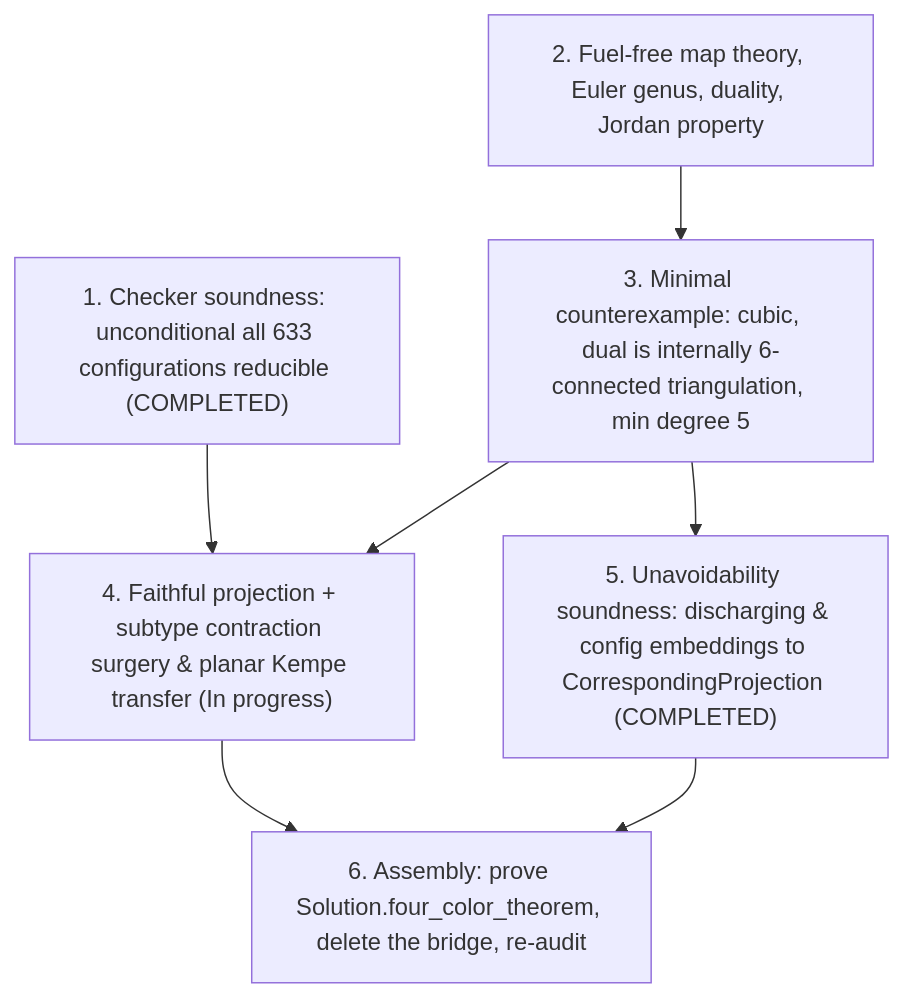
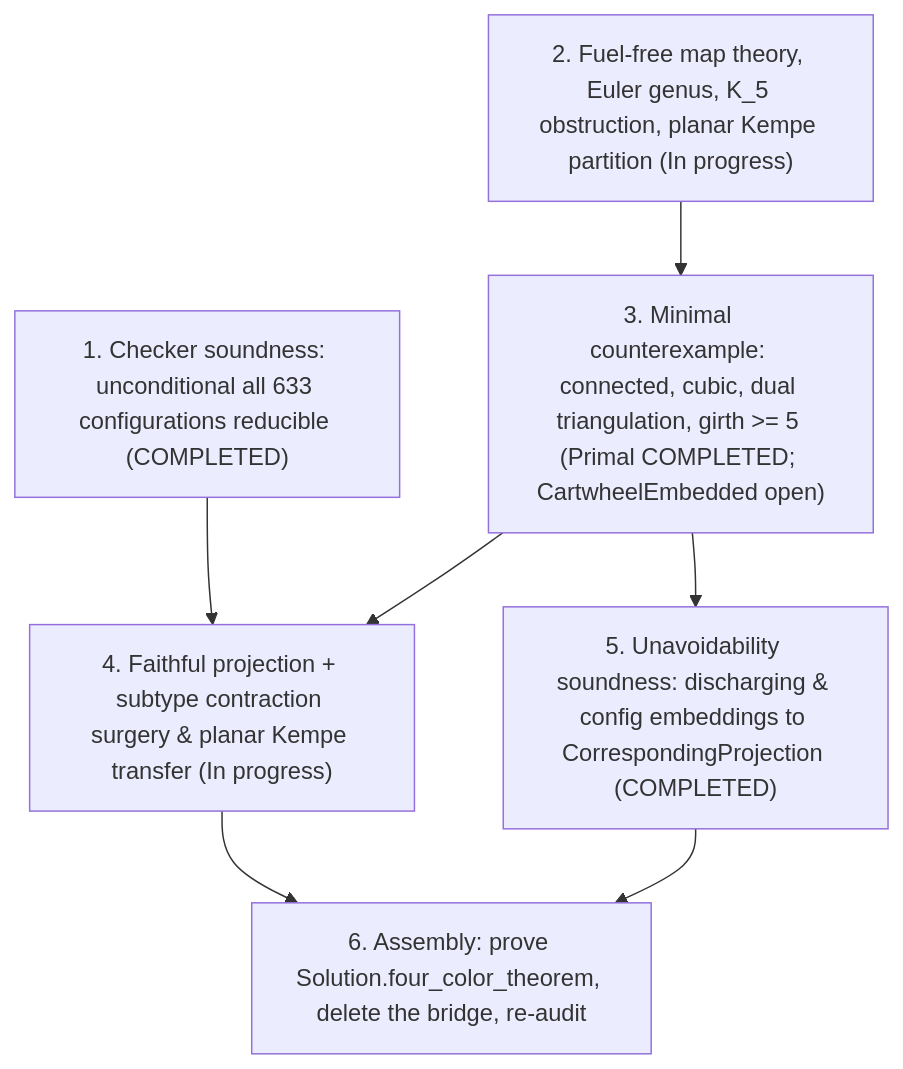
One commit to Harry-Tech-Guide/Lean-4-Four-Color-Theorem-Formalization changed the diagram in README.md. Above: the diagram before and after it, drawn with Mermaid. The commit also changed other lines of this file and 3 other files, not shown here.

First line of the commit message:
feat: discharge primal minimal-counterexample hypotheses from bridge

````diff
--- a/README.md
+++ b/README.md
@@ -64,15 +65,15 @@
 ```mermaid
 flowchart TD
     P1["1. Checker soundness: unconditional all 633 configurations reducible (COMPLETED)"]
-    P2["2. Fuel-free map theory, Euler genus, duality, Jordan property"]
-    P3["3. Minimal counterexample: cubic, dual is internally 6-connected triangulation, min degree 5"]
+    P2["2. Fuel-free map theory, Euler genus, K_5 obstruction, planar Kempe partition (In progress)"]
+    P3["3. Minimal counterexample: connected, cubic, dual triangulation, girth >= 5 (Primal COMPLETED; CartwheelEmbedded open)"]
     P4["4. Faithful projection + subtype contraction surgery & planar Kempe transfer (In progress)"]
     P5["5. Unavoidability soundness: discharging & config embeddings to CorrespondingProjection (COMPLETED)"]
     P6["6. Assembly: prove Solution.four_color_theorem, delete the bridge, re-audit"]
     P2 --> P3
     P1 --> P4
     P3 --> P4
     P3 --> P5
     P4 --> P6
     P5 --> P6
 ```
````
